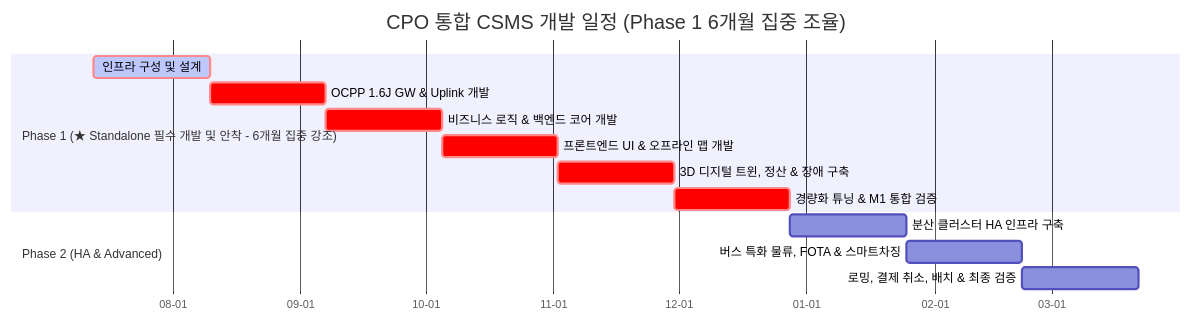
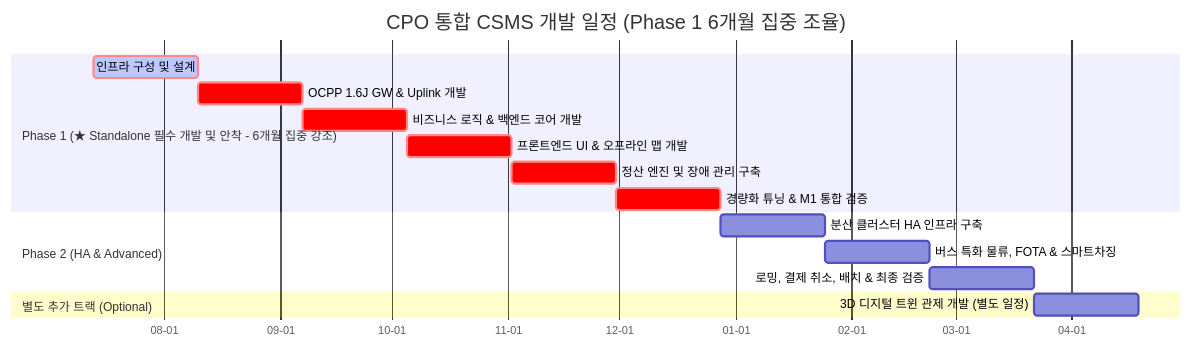
Before and after one commit to h2y-hyhong2/h2y-ocpp: the diagram in doc/03.timeline.md, drawn with Mermaid. The commit also changed other lines of this file and 1 other file, not shown here.

Commit message:
docs: move 3D digital twin to separate optional track in 03.timeline

````diff
--- a/doc/03.timeline.md
+++ b/doc/03.timeline.md
@@ -19,19 +21,22 @@
 ```mermaid
 gantt
     title CPO 통합 CSMS 개발 일정 (Phase 1 6개월 집중 조율)
     dateFormat  YYYY-MM-DD
     axisFormat  %m-%d
     
     section Phase 1 (★ Standalone 필수 개발 및 안착 - 6개월 집중 강조)
     인프라 구성 및 설계        :crit, active, p1_infra, 2026-07-13, 28d
     OCPP 1.6J GW & Uplink 개발   :crit, p1_gw, after p1_infra, 28d
     비즈니스 로직 & 백엔드 코어 개발 :crit, p1_biz, after p1_gw, 28d
     프론트엔드 UI & 오프라인 맵 개발 :crit, p1_fe, after p1_biz, 28d
-    3D 디지털 트윈, 정산 & 장애 구축 :crit, p1_twin, after p1_fe, 28d
+    정산 엔진 및 장애 관리 구축    :crit, p1_twin, after p1_fe, 28d
     경량화 튜닝 & M1 통합 검증      :crit, p1_test, after p1_twin, 28d
     
     section Phase 2 (HA & Advanced)
     분산 클러스터 HA 인프라 구축    : p2_cluster, after p1_test, 28d
     버스 특화 물류, FOTA & 스마트차징 : p2_bus, after p2_cluster, 28d
     로밍, 결제 취소, 배치 & 최종 검증 : p2_roam, after p2_bus, 28d
+    
+    section 별도 추가 트랙 (Optional)
+    3D 디지털 트윈 관제 개발 (별도 일정) : p3_twin, after p2_roam, 28d
 ```
````
